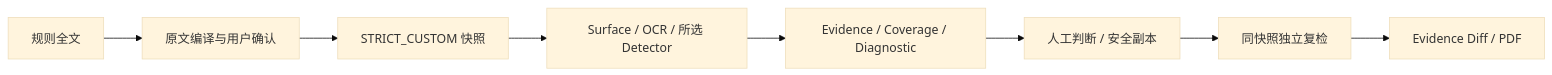
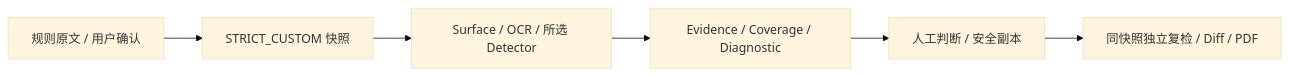
Before and after one commit to 3331083641-prog/jinggao: the diagram in README.md, drawn with Mermaid (base theme). The commit also changed other lines of this file and 24 other files, not shown here.

````diff
--- a/README.md
+++ b/README.md
@@ -53,10 +59,8 @@
-~~~mermaid
+```mermaid
 flowchart LR
-  A[规则全文] --> B[原文编译与用户确认]
-  B --> C[STRICT_CUSTOM 快照]
-  C --> D[Surface / OCR / 所选 Detector]
-  D --> E[Evidence / Coverage / Diagnostic]
-  E --> F[人工判断 / 安全副本]
-  F --> G[同快照独立复检]
-  G --> H[Evidence Diff / PDF]
-~~~
+  A[规则原文 / 用户确认] --> B[STRICT_CUSTOM 快照]
+  B --> C[Surface / OCR / 所选 Detector]
+  C --> D[Evidence / Coverage / Diagnostic]
+  D --> E[人工判断 / 安全副本]
+  E --> F[同快照独立复检 / Diff / PDF]
+```
````
